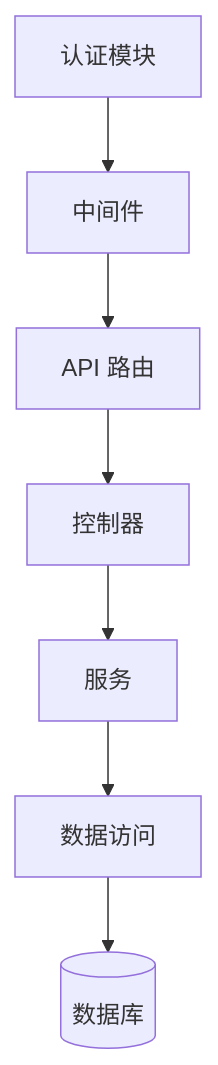
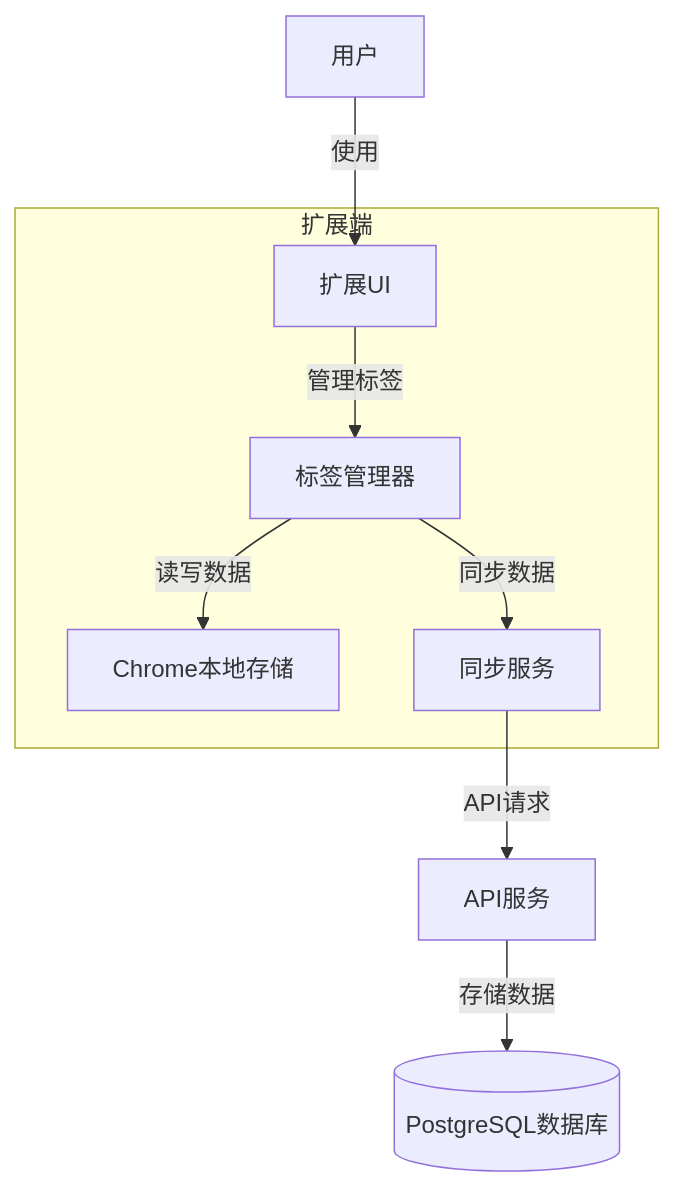
The third of 6 diagrams in memory-bank/systemPatterns.md (hibernate-pano/chrome-plugin-one-tab-pro), drawn with Mermaid before and after one commit. The commit also changed other lines of this file and 53 other files, not shown here.

````diff
--- a/memory-bank/systemPatterns.md
+++ b/memory-bank/systemPatterns.md
@@ -93,10 +56,17 @@
 ```mermaid
 graph TD
-    A[API 路由] --> B[控制器]
-    B --> C[服务]
-    C --> D[数据访问]
-    D --> E[(数据库)]
-
-    F[中间件] --> A
-    G[认证模块] --> F
+    User[用户] -->|使用| UI[扩展UI]
+    UI -->|管理标签| TabManager[标签管理器]
+    TabManager -->|读写数据| LocalStorage[Chrome本地存储]
+    TabManager -->|同步数据| SyncService[同步服务]
+    SyncService -->|API请求| APIService[API服务]
+    
+    subgraph 扩展端
+    UI
+    TabManager
+    LocalStorage
+    SyncService
+    end
+    
+    APIService -->|存储数据| Database[(PostgreSQL数据库)]
 ```
````
